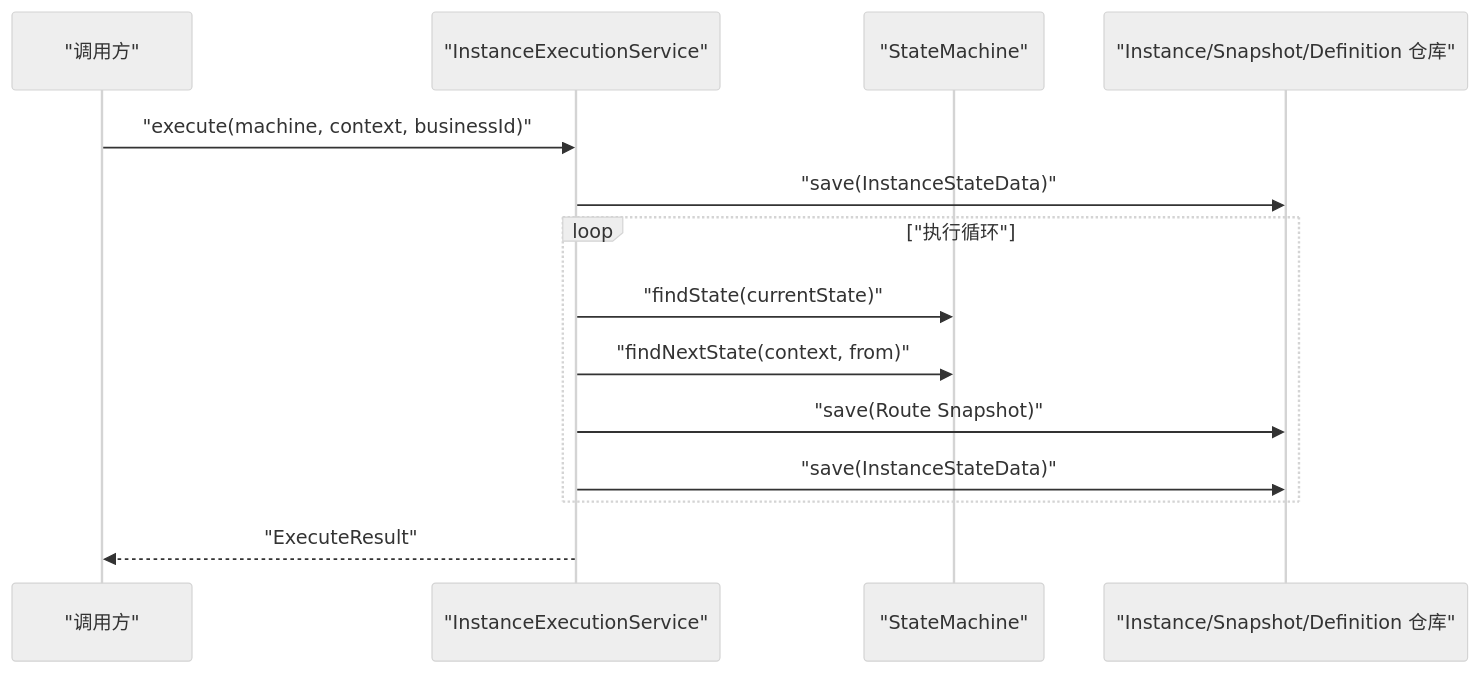
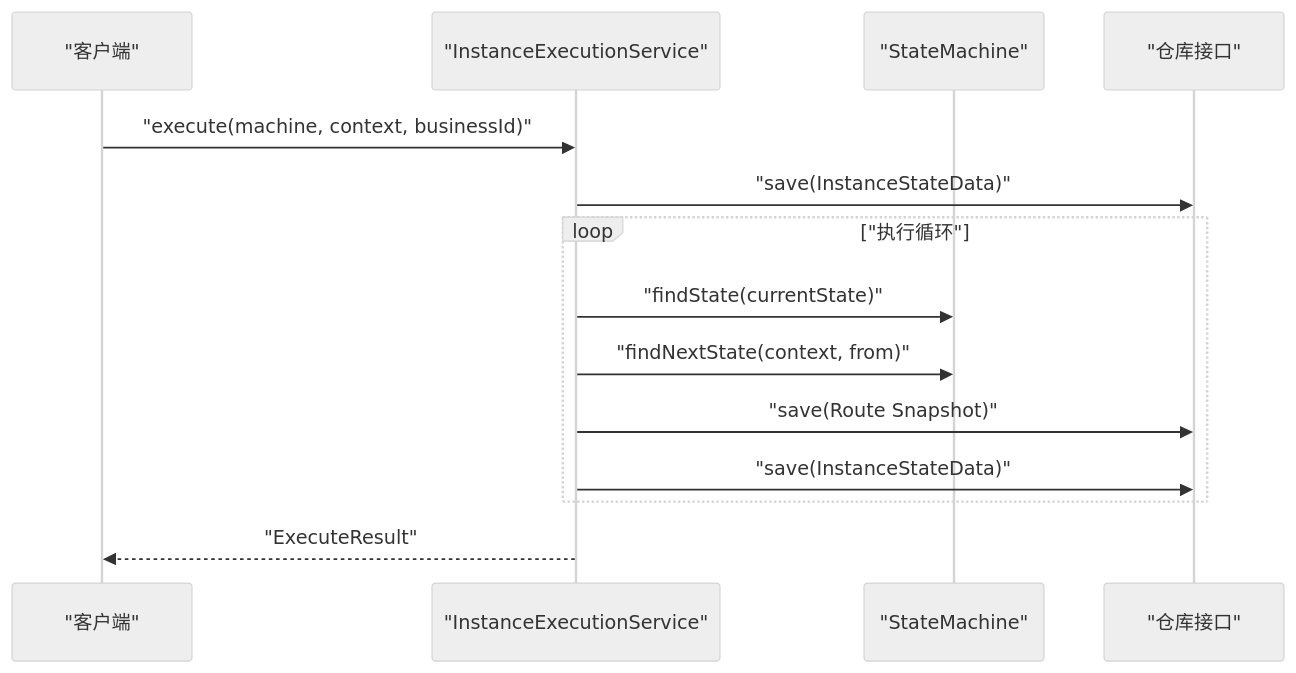
Before and after one commit to xiaoche80s-tech/state-machine-parent: the eighth of 11 diagrams in .qoder/repowiki/zh/content/核心概念/领域驱动设计架构.md, drawn with Mermaid (neutral theme). The commit also changed other lines of this file and 20 other files, not shown here.

````diff
--- a/.qoder/repowiki/zh/content/核心概念/领域驱动设计架构.md
+++ b/.qoder/repowiki/zh/content/核心概念/领域驱动设计架构.md
@@ -279,16 +427,16 @@
 ```mermaid
 sequenceDiagram
-participant Caller as "调用方"
-participant App as "InstanceExecutionService"
+participant Client as "客户端"
+participant Service as "InstanceExecutionService"
 participant Engine as "StateMachine"
-participant Repo as "Instance/Snapshot/Definition 仓库"
-Caller->>App : "execute(machine, context, businessId)"
-App->>Repo : "save(InstanceStateData)"
+participant Repo as "仓库接口"
+Client->>Service : "execute(machine, context, businessId)"
+Service->>Repo : "save(InstanceStateData)"
 loop "执行循环"
-App->>Engine : "findState(currentState)"
-App->>Engine : "findNextState(context, from)"
-App->>Repo : "save(Route Snapshot)"
-App->>Repo : "save(InstanceStateData)"
+Service->>Engine : "findState(currentState)"
+Service->>Engine : "findNextState(context, from)"
+Service->>Repo : "save(Route Snapshot)"
+Service->>Repo : "save(InstanceStateData)"
 end
-App-->>Caller : "ExecuteResult"
+Service-->>Client : "ExecuteResult"
 ```
````
